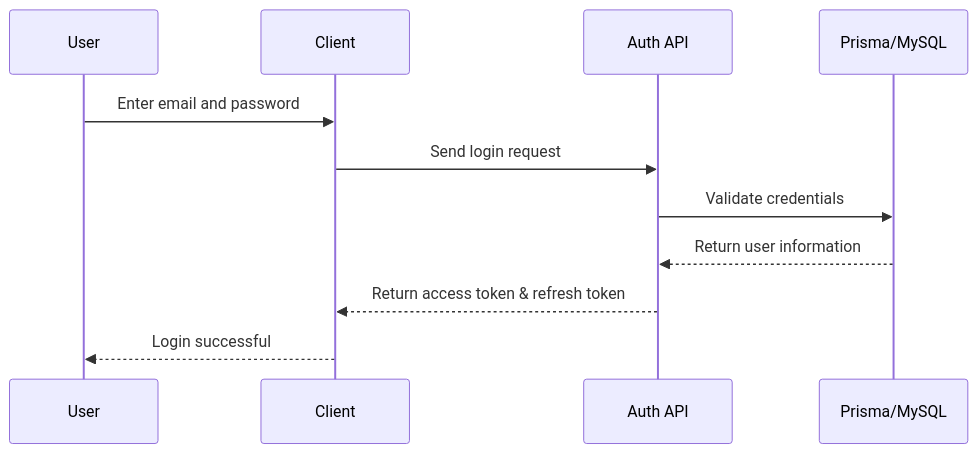
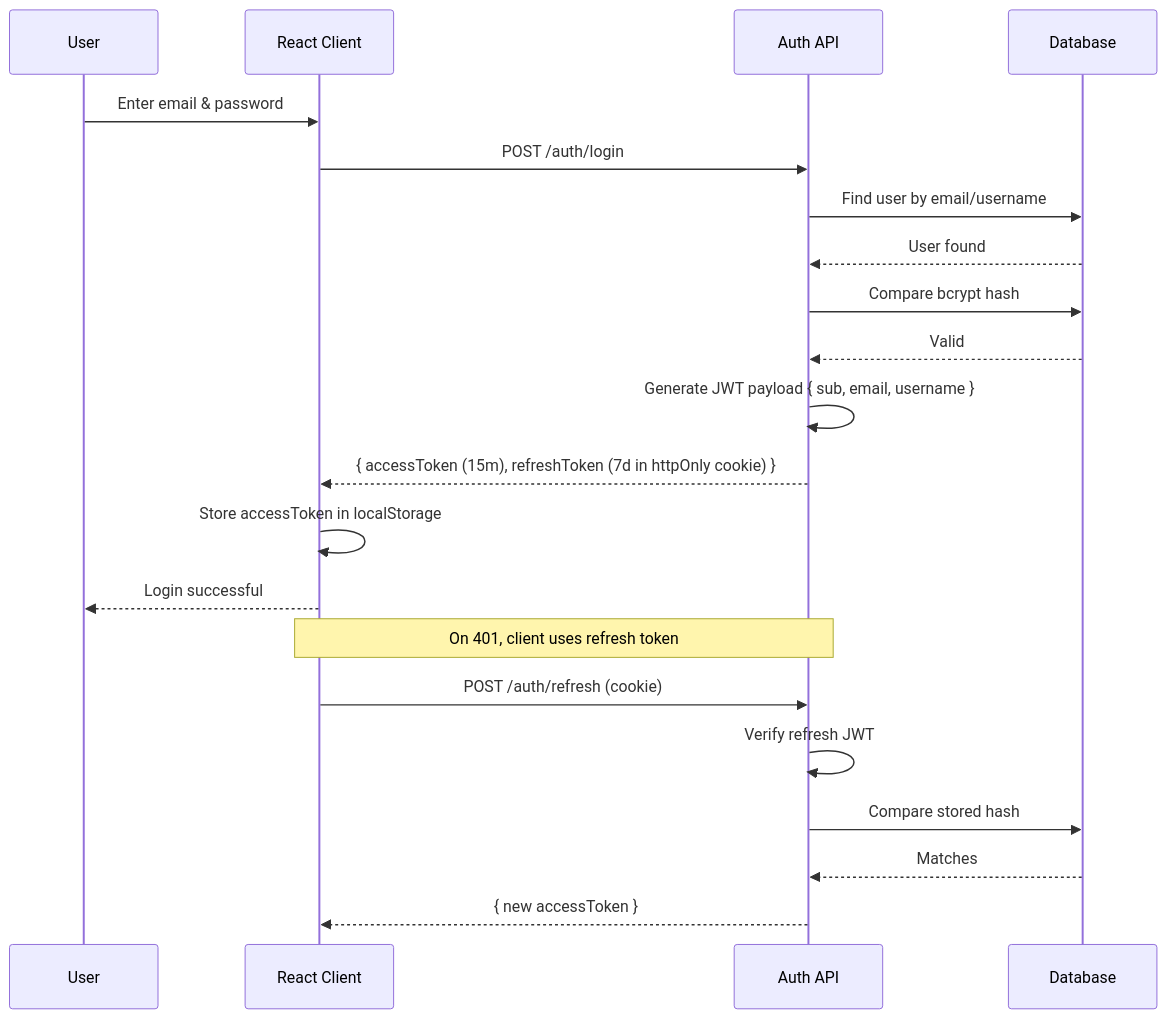
The second of 15 diagrams in README.md (LeNguyenTatThang/Halogram), drawn with Mermaid before and after one commit. The commit also changed other lines of this file and 25 other files, not shown here.

````diff
--- a/README.md
+++ b/README.md
@@ -319,14 +412,25 @@
 ```mermaid
 sequenceDiagram
     participant U as User
-    participant C as Client
+    participant C as React Client
     participant API as Auth API
-    participant DB as Prisma/MySQL
+    participant DB as Database
 
-    U->>C: Enter email and password
-    C->>API: Send login request
-    API->>DB: Validate credentials
-    DB-->>API: Return user information
-    API-->>C: Return access token & refresh token
+    U->>C: Enter email & password
+    C->>API: POST /auth/login
+    API->>DB: Find user by email/username
+    DB-->>API: User found
+    API->>DB: Compare bcrypt hash
+    DB-->>API: Valid
+    API->>API: Generate JWT payload { sub, email, username }
+    API-->>C: { accessToken (15m), refreshToken (7d in httpOnly cookie) }
+    C->>C: Store accessToken in localStorage
     C-->>U: Login successful
+
+    Note over C,API: On 401, client uses refresh token
+    C->>API: POST /auth/refresh (cookie)
+    API->>API: Verify refresh JWT
+    API->>DB: Compare stored hash
+    DB-->>API: Matches
+    API-->>C: { new accessToken }
 ```
````
